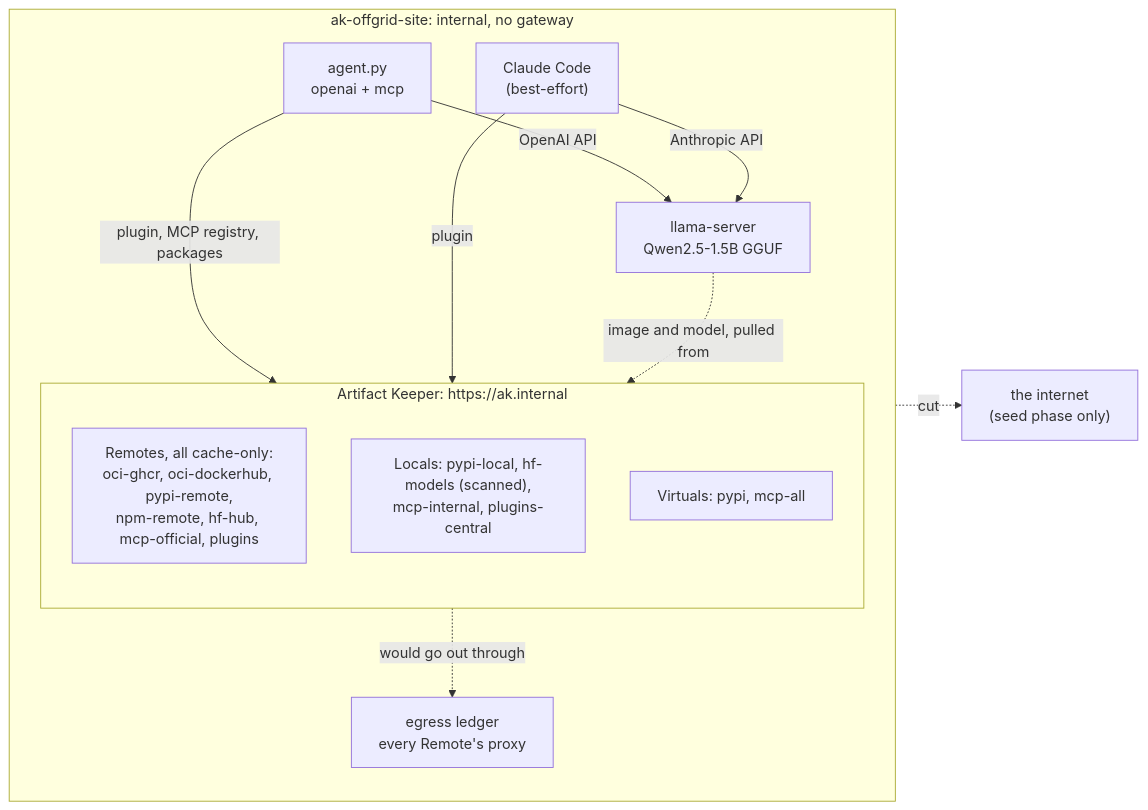
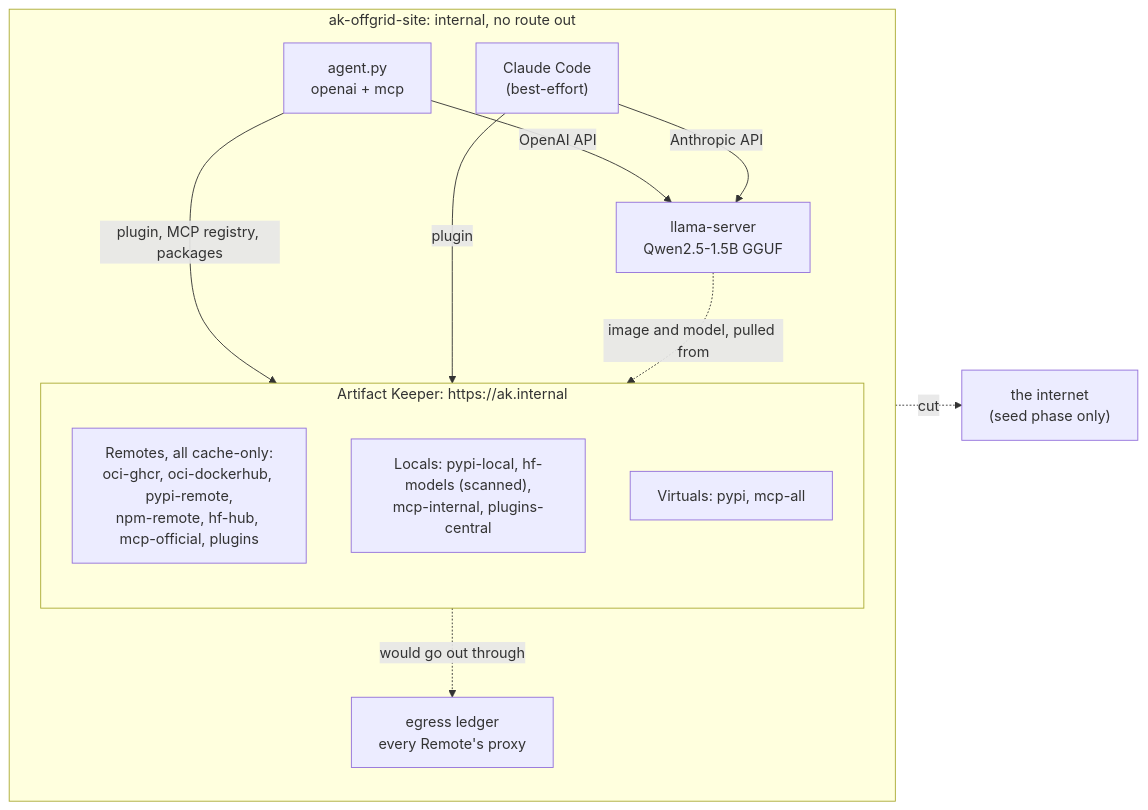
One commit to artifact-keeper/walkthroughs changed the diagram in docs/off-grid-ai-stack/index.md. Above: the diagram before and after it, drawn with Mermaid. The commit also changed other lines of this file and 9 other files, not shown here.

````diff
--- a/docs/off-grid-ai-stack/index.md
+++ b/docs/off-grid-ai-stack/index.md
@@ -92,24 +92,24 @@
 ```mermaid
 flowchart LR
-    subgraph SITE["ak-offgrid-site: internal, no gateway"]
+    subgraph SITE["ak-offgrid-site: internal, no route out"]
         direction TB
         subgraph AK["Artifact Keeper: https://ak.internal"]
             direction TB
             R["Remotes, all cache-only:<br/>oci-ghcr, oci-dockerhub, pypi-remote,<br/>npm-remote, hf-hub, mcp-official, plugins"]
             L["Locals: pypi-local, hf-models (scanned),<br/>mcp-internal, plugins-central"]
             V["Virtuals: pypi, mcp-all"]
         end
         LLAMA["llama-server<br/>Qwen2.5-1.5B GGUF"]
         AGENT["agent.py<br/>openai + mcp"]
         CC["Claude Code<br/>(best-effort)"]
         LEDGER["egress ledger<br/>every Remote's proxy"]
         AGENT -->|plugin, MCP registry, packages| AK
         AGENT -->|OpenAI API| LLAMA
         CC -->|plugin| AK
         CC -->|Anthropic API| LLAMA
         LLAMA -.->|image and model, pulled from| AK
         R -.->|would go out through| LEDGER
     end
     NET["the internet<br/>(seed phase only)"]
     LEDGER -.->|cut| NET
 ```
````
